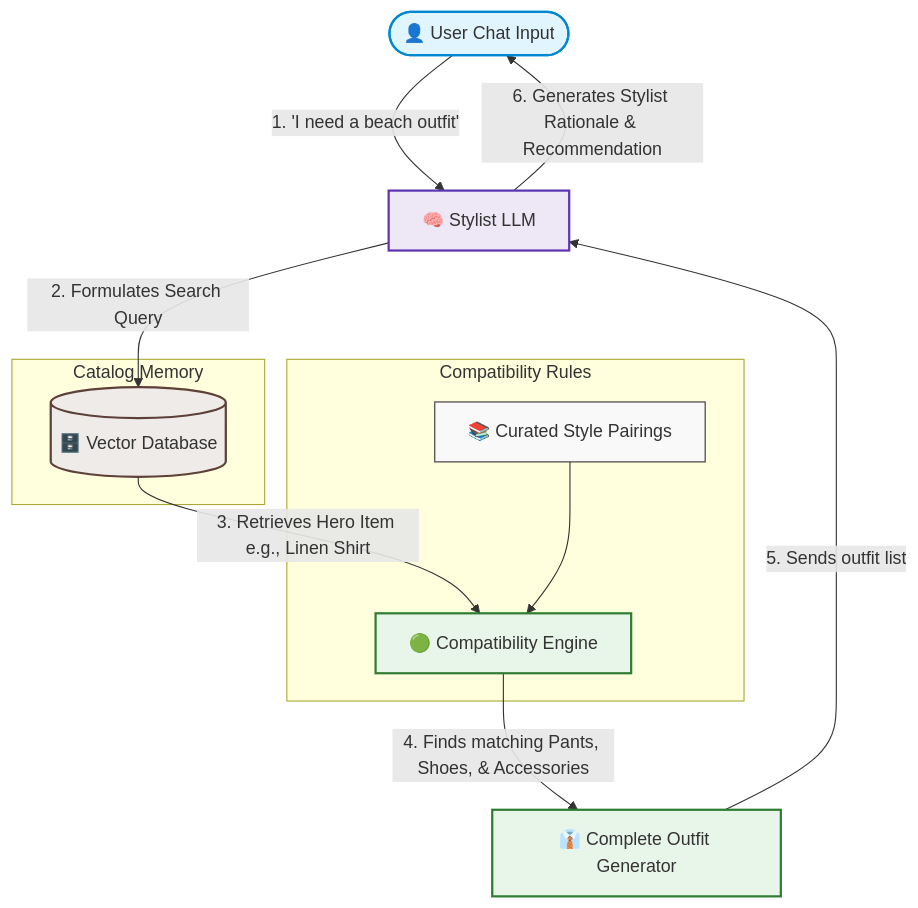
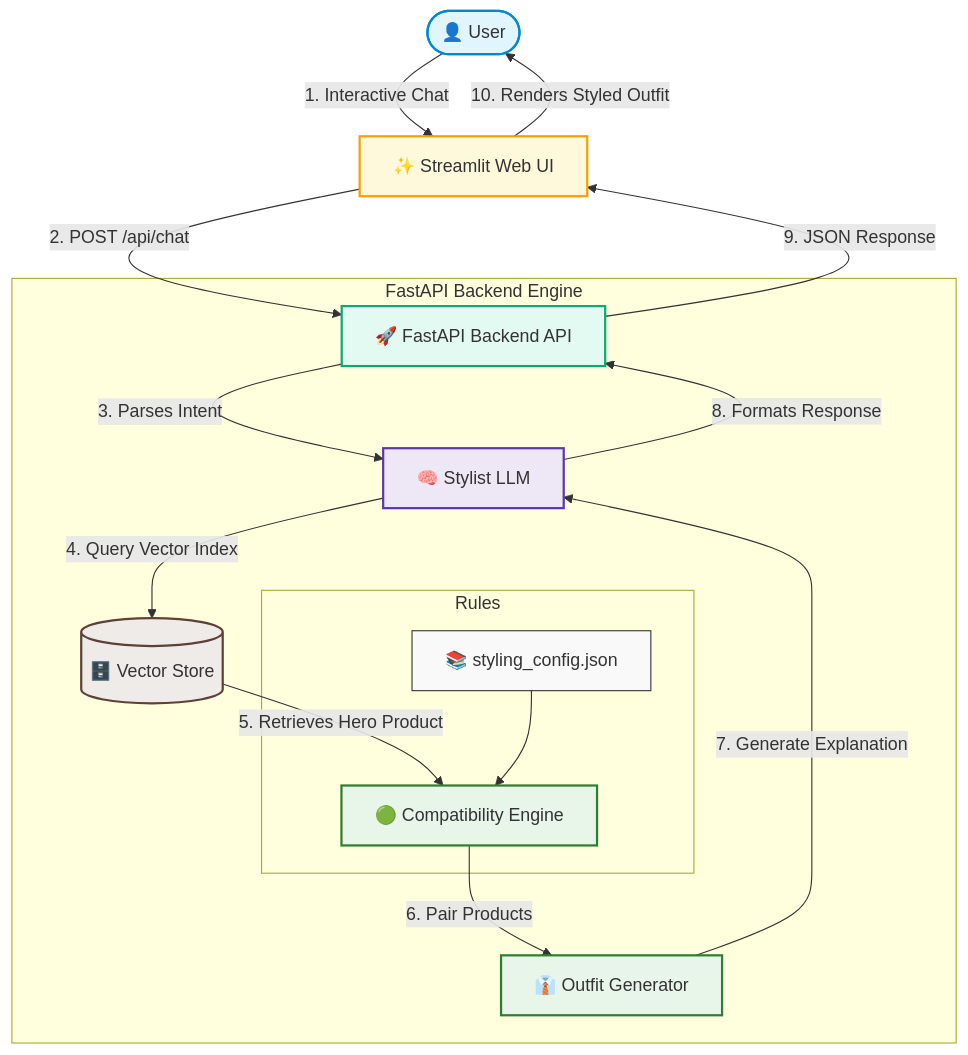
The diagram in README.md (nithinmanayilghub/DarexAI-Fashion-Assistant), drawn with Mermaid before and after one commit. The commit also changed other lines of this file, not shown here.

Commit message:
docs: update system architecture diagram and running instructions in README

````diff
--- a/README.md
+++ b/README.md
@@ -11,31 +11,38 @@
 ```mermaid
 graph TD
     %% Styling
     classDef default fill:#f9f9f9,stroke:#333,stroke-width:1px;
     classDef user fill:#e1f5fe,stroke:#0288d1,stroke-width:2px;
+    classDef frontend fill:#fff9db,stroke:#f59f00,stroke-width:2px;
+    classDef backend fill:#e3faf2,stroke:#0ca678,stroke-width:2px;
     classDef llm fill:#ede7f6,stroke:#5e35b1,stroke-width:2px;
     classDef db fill:#efebe9,stroke:#5d4037,stroke-width:2px;
     classDef engine fill:#e8f5e9,stroke:#2e7d32,stroke-width:2px;
 
-    User([👤 User Chat Input]) -->|1. 'I need a beach outfit'| StylistLLM[🧠 Stylist LLM]
-    
-    subgraph Catalog Memory
-        VectorDB[(🗄️ Vector Database)]
+    User([👤 User]) -->|1. Interactive Chat| Streamlit[✨ Streamlit Web UI]
+    Streamlit -->|2. POST /api/chat| FastAPI[🚀 FastAPI Backend API]
+
+    subgraph FastAPI Backend Engine
+        FastAPI -->|3. Parses Intent| StylistLLM[🧠 Stylist LLM]
+        StylistLLM -->|4. Query Vector Index| VectorDB[(🗄️ Vector Store)]
+        VectorDB -->|5. Retrieves Hero Product| Matchmaker[🟢 Compatibility Engine]
+        
+        subgraph Rules
+            RulesConfig[📚 styling_config.json] --> Matchmaker
+        end
+        
+        Matchmaker -->|6. Pair Products| Assemble[👔 Outfit Generator]
+        Assemble -->|7. Generate Explanation| StylistLLM
+        StylistLLM -->|8. Formats Response| FastAPI
     end
-    
-    StylistLLM -->|2. Formulates Search Query| VectorDB
-    VectorDB -->|3. Retrieves Hero Item e.g., Linen Shirt| Matchmaker[🟢 Compatibility Engine]
-    
-    subgraph Compatibility Rules
-        Rules[📚 Curated Style Pairings] --> Matchmaker
-    end
-    
-    Matchmaker -->|4. Finds matching Pants, Shoes, & Accessories| Assemble[👔 Complete Outfit Generator]
-    Assemble -->|5. Sends outfit list| StylistLLM
-    StylistLLM -->|6. Generates Stylist Rationale & Recommendation| User
-    
+
+    FastAPI -->|9. JSON Response| Streamlit
+    Streamlit -->|10. Renders Styled Outfit| User
+
     class User user;
+    class Streamlit frontend;
+    class FastAPI backend;
     class StylistLLM llm;
     class VectorDB db;
     class Matchmaker,Assemble engine;
 ```
````
